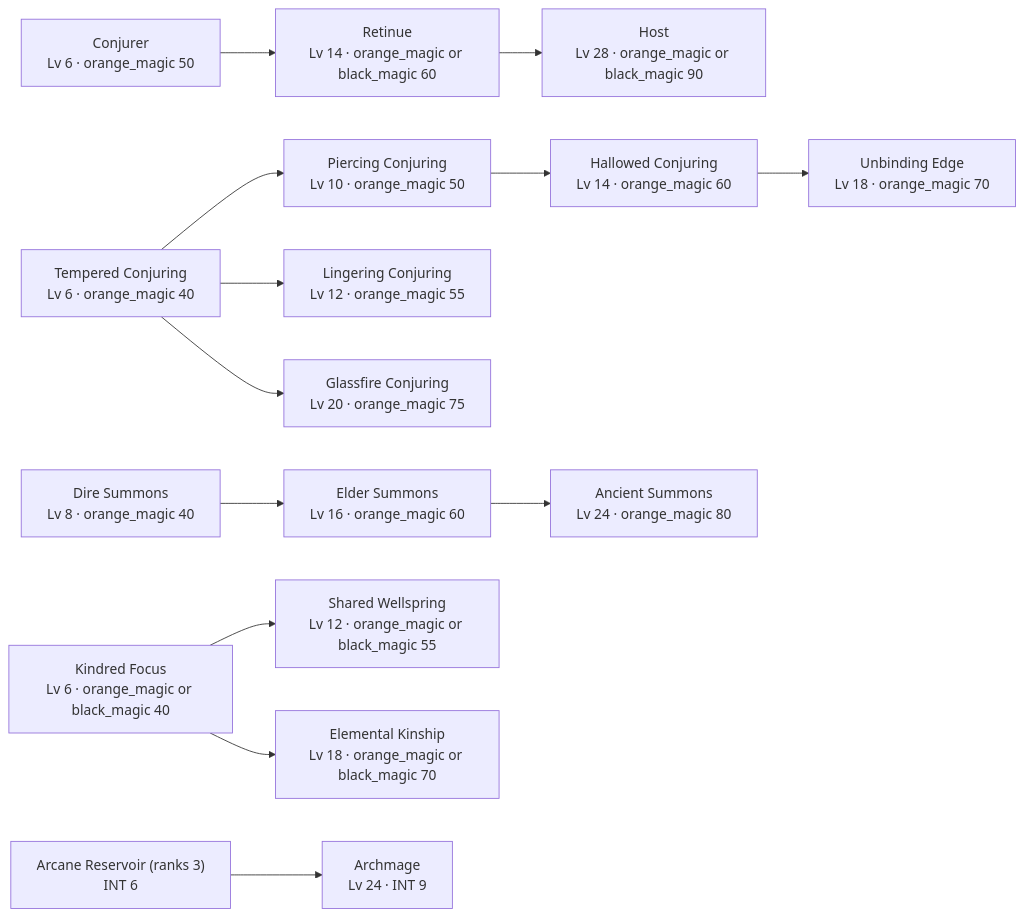
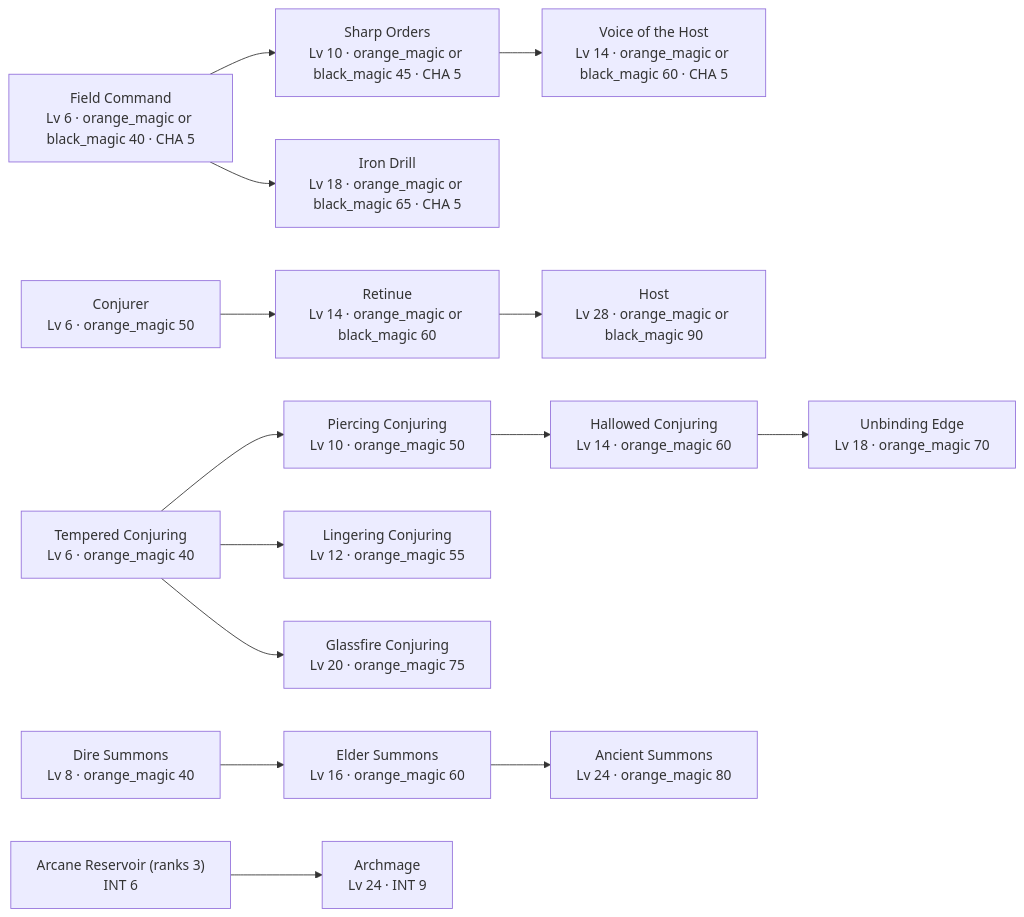
Before and after one commit to SETA1609/riftweave-core: the third of 5 diagrams in docs/core/perk-ladders.md, drawn with Mermaid. The commit also changed other lines of this file and 12 other files, not shown here.

Commit message:
GD_S06_03 Data: the command action, Steady the Host, the commander ladder, and command_summons in Python and Go

````diff
--- a/docs/core/perk-ladders.md
+++ b/docs/core/perk-ladders.md
@@ -58,32 +58,34 @@
 ```mermaid
 graph LR
   arcane_reservoir["Arcane Reservoir (ranks 3)<br/>INT 6"]
   conjurer["Conjurer<br/>Lv 6 · orange_magic 50"]
   summon_retinue["Retinue<br/>Lv 14 · orange_magic or black_magic 60"]
+  field_command["Field Command<br/>Lv 6 · orange_magic or black_magic 40 · CHA 5"]
+  sharp_orders["Sharp Orders<br/>Lv 10 · orange_magic or black_magic 45 · CHA 5"]
+  voice_of_the_host["Voice of the Host<br/>Lv 14 · orange_magic or black_magic 60 · CHA 5"]
+  iron_drill["Iron Drill<br/>Lv 18 · orange_magic or black_magic 65 · CHA 5"]
   tempered_conjuring["Tempered Conjuring<br/>Lv 6 · orange_magic 40"]
   piercing_conjuring["Piercing Conjuring<br/>Lv 10 · orange_magic 50"]
   lingering_conjuring["Lingering Conjuring<br/>Lv 12 · orange_magic 55"]
   hallowed_conjuring["Hallowed Conjuring<br/>Lv 14 · orange_magic 60"]
   unbinding_edge["Unbinding Edge<br/>Lv 18 · orange_magic 70"]
   glassfire_conjuring["Glassfire Conjuring<br/>Lv 20 · orange_magic 75"]
   summon_host["Host<br/>Lv 28 · orange_magic or black_magic 90"]
   summon_dire["Dire Summons<br/>Lv 8 · orange_magic 40"]
   summon_elder["Elder Summons<br/>Lv 16 · orange_magic 60"]
   summon_ancient["Ancient Summons<br/>Lv 24 · orange_magic 80"]
-  kindred_focus["Kindred Focus<br/>Lv 6 · orange_magic or black_magic 40"]
-  shared_wellspring["Shared Wellspring<br/>Lv 12 · orange_magic or black_magic 55"]
-  elemental_kinship["Elemental Kinship<br/>Lv 18 · orange_magic or black_magic 70"]
   archmage["Archmage<br/>Lv 24 · INT 9"]
   conjurer --> summon_retinue
+  field_command --> sharp_orders
+  sharp_orders --> voice_of_the_host
+  field_command --> iron_drill
   tempered_conjuring --> piercing_conjuring
   tempered_conjuring --> lingering_conjuring
   piercing_conjuring --> hallowed_conjuring
   hallowed_conjuring --> unbinding_edge
   tempered_conjuring --> glassfire_conjuring
   summon_retinue --> summon_host
   summon_dire --> summon_elder
   summon_elder --> summon_ancient
-  kindred_focus --> shared_wellspring
-  kindred_focus --> elemental_kinship
   arcane_reservoir --> archmage
 ```
````
